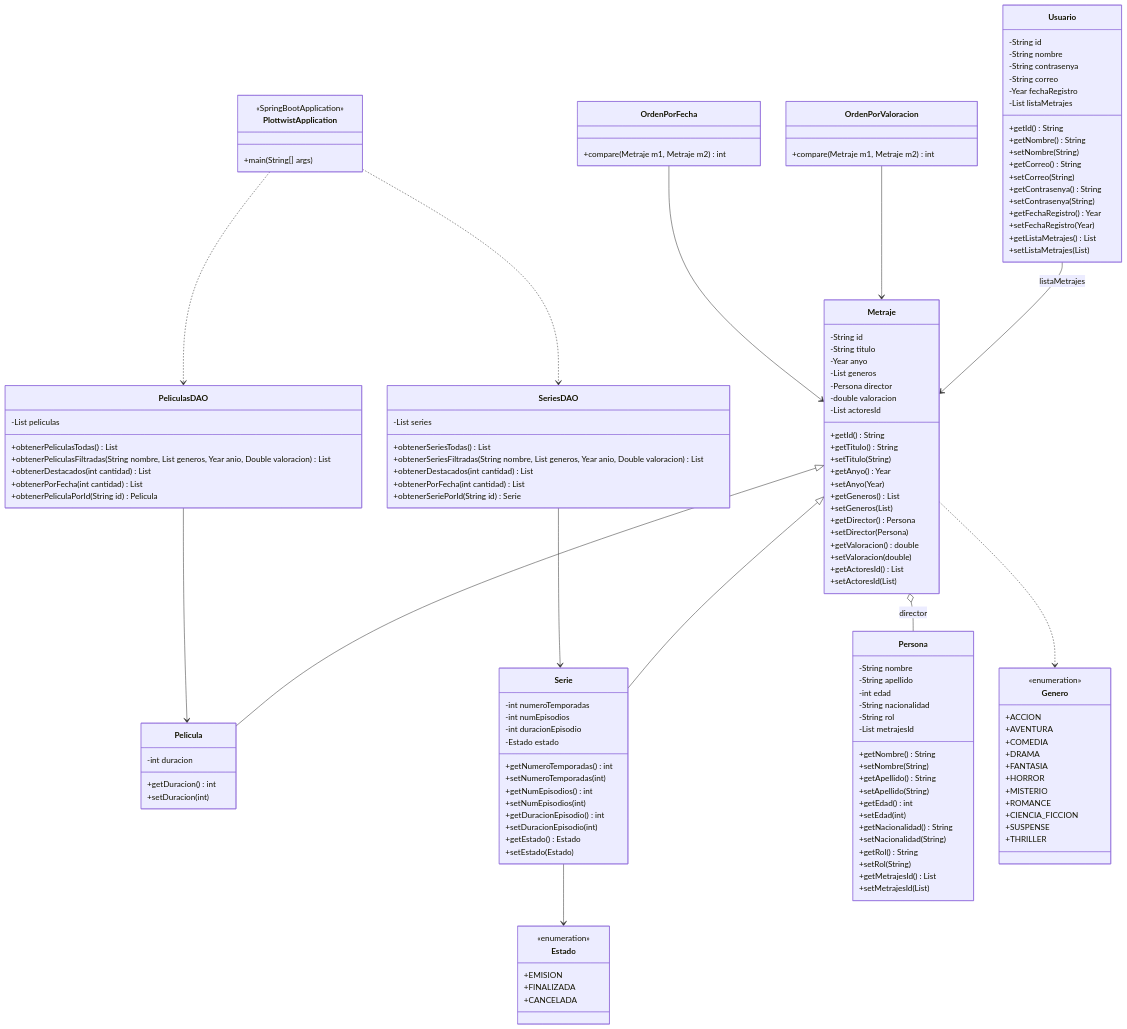
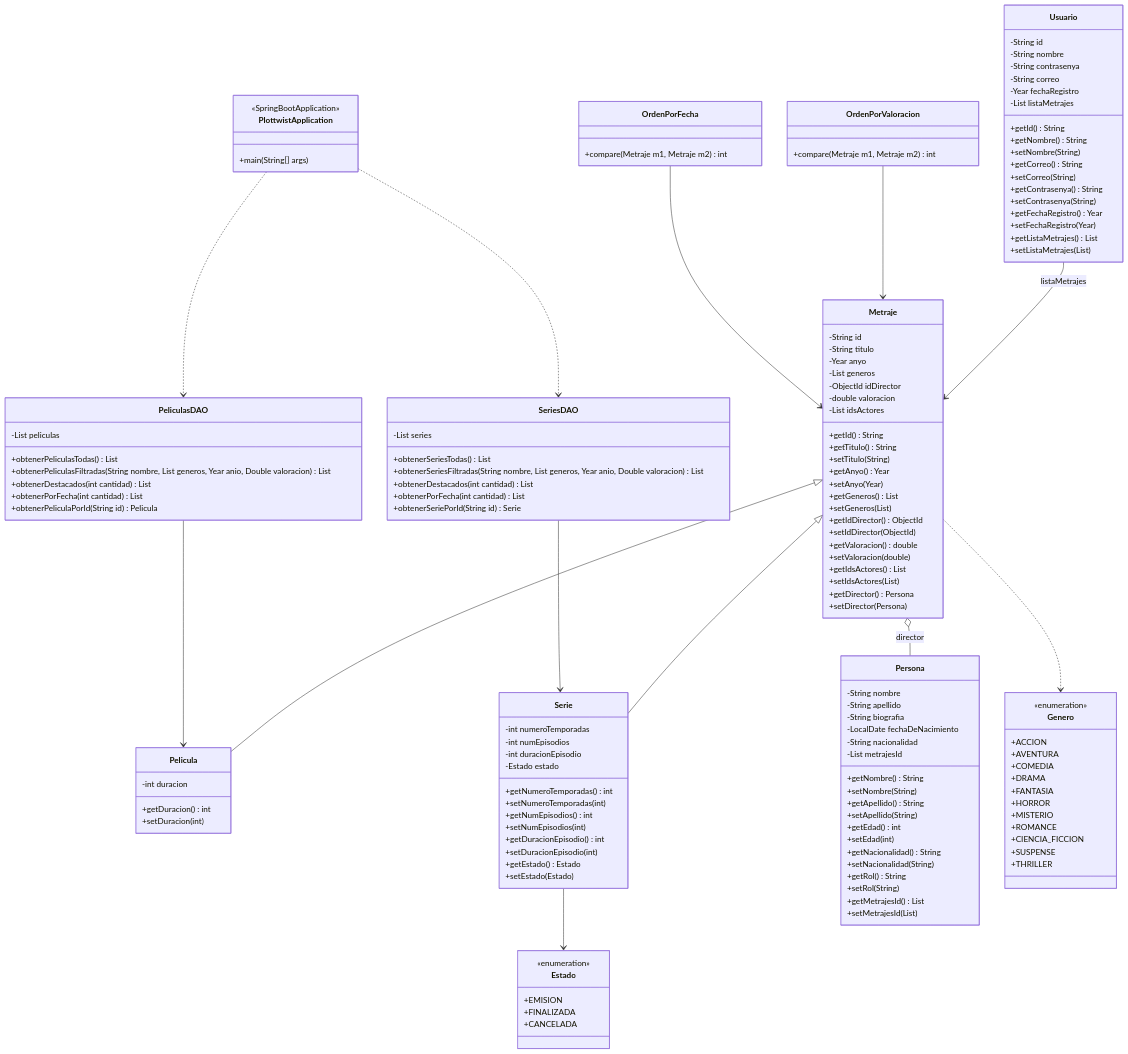
The diagram in diseño/diagrama_clase.md (JesusCanas/PlotTwist), drawn with Mermaid before and after one commit. The commit also changed 10 other files, not shown here.

```diff
--- a/diseño/diagrama_clase.md
+++ b/diseño/diagrama_clase.md
@@ -6,9 +6,9 @@
         -String titulo
         -Year anyo
         -List<Genero> generos
-        -Persona director
+        -ObjectId idDirector
         -double valoracion
-        -List<String> actoresId
+        -List<ObjectId> idsActores
         +getId() String
         +getTitulo() String
         +setTitulo(String)
@@ -16,12 +16,14 @@
         +setAnyo(Year)
         +getGeneros() List<Genero>
         +setGeneros(List<Genero>)
+        +getIdDirector() ObjectId
+        +setIdDirector(ObjectId)
+        +getValoracion() double
+        +setValoracion(double)
+        +getIdsActores() List<ObjectId>
+        +setIdsActores(List<ObjectId>)
         +getDirector() Persona
         +setDirector(Persona)
-        +getValoracion() double
-        +setValoracion(double)
-        +getActoresId() List<String>
-        +setActoresId(List<String>)
     }
 
     class Pelicula {
@@ -47,9 +49,9 @@
     class Persona {
         -String nombre
         -String apellido
-        -int edad
+        -String biografia
+        -LocalDate fechaDeNacimiento
         -String nacionalidad
-        -String rol
         -List<String> metrajesId
         +getNombre() String
         +setNombre(String)
```
